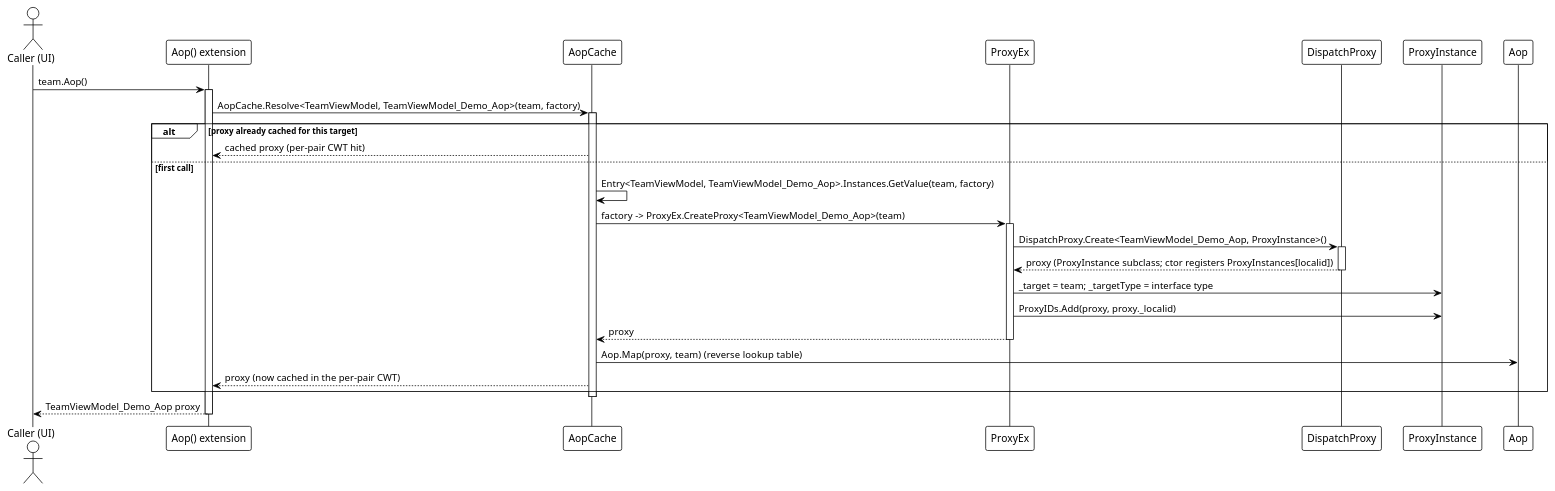
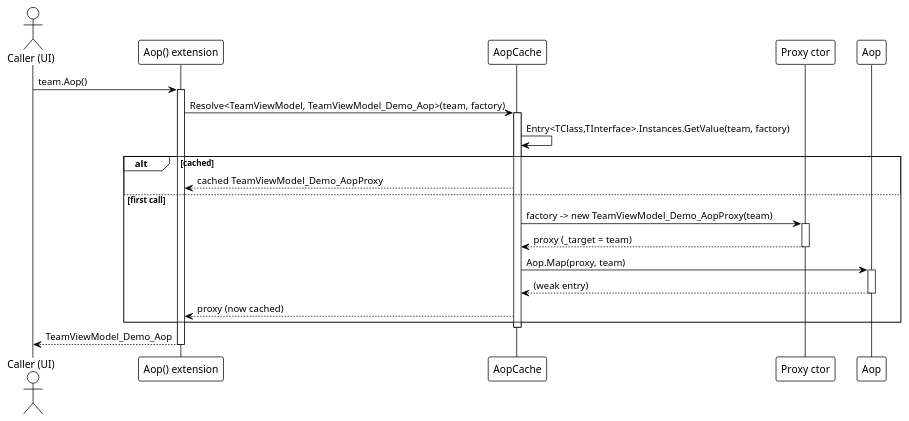
The first of 3 diagrams in src/CloudGlyph/Assets/Docs/content/en/3_SE_Analysis/03_data-flow/05_aop/index.md (Axvser/VeloxDev.Docs), drawn with PlantUML before and after one commit. The commit also changed other lines of this file and 616 other files, not shown here.

````diff
--- a/src/CloudGlyph/Assets/Docs/content/en/3_SE_Analysis/03_data-flow/05_aop/index.md
+++ b/src/CloudGlyph/Assets/Docs/content/en/3_SE_Analysis/03_data-flow/05_aop/index.md
@@ -9,42 +9,36 @@
 ```plantuml
 @startuml
 !theme plain
 
 actor "Caller (UI)" as C
 participant "Aop() extension" as E
 participant "AopCache" as AC
-participant "ProxyEx" as PX
-participant "DispatchProxy" as DP
-participant "ProxyInstance" as PI
+participant "Proxy ctor" as P
 participant "Aop" as AO
 
 C -> E: team.Aop()
 activate E
+E -> AC: Resolve<TeamViewModel, TeamViewModel_Demo_Aop>(team, factory)
+activate AC
+AC -> AC: Entry<TClass,TInterface>.Instances.GetValue(team, factory)
 
-E -> AC: AopCache.Resolve<TeamViewModel, TeamViewModel_Demo_Aop>(team, factory)
-activate AC
-
-alt proxy already cached for this target
-    AC --> E: cached proxy (per-pair CWT hit)
+alt cached
+    AC --> E: cached TeamViewModel_Demo_AopProxy
 else first call
-    AC -> AC: Entry<TeamViewModel, TeamViewModel_Demo_Aop>.Instances.GetValue(team, factory)
-    AC -> PX: factory -> ProxyEx.CreateProxy<TeamViewModel_Demo_Aop>(team)
-    activate PX
-    PX -> DP: DispatchProxy.Create<TeamViewModel_Demo_Aop, ProxyInstance>()
-    activate DP
-    DP --> PX: proxy (ProxyInstance subclass; ctor registers ProxyInstances[localid])
-    deactivate DP
-    PX -> PI: _target = team; _targetType = interface type
-    PX -> PI: ProxyIDs.Add(proxy, proxy._localid)
-    PX --> AC: proxy
-    deactivate PX
-    AC -> AO: Aop.Map(proxy, team)  (reverse lookup table)
-    AC --> E: proxy (now cached in the per-pair CWT)
+    AC -> P: factory -> new TeamViewModel_Demo_AopProxy(team)
+    activate P
+    P --> AC: proxy (_target = team)
+    deactivate P
+    AC -> AO: Aop.Map(proxy, team)
+    activate AO
+    AO --> AC: (weak entry)
+    deactivate AO
+    AC --> E: proxy (now cached)
 end
 
 deactivate AC
-E --> C: TeamViewModel_Demo_Aop proxy
+E --> C: TeamViewModel_Demo_Aop
 deactivate E
 
 @enduml
 ```
````
